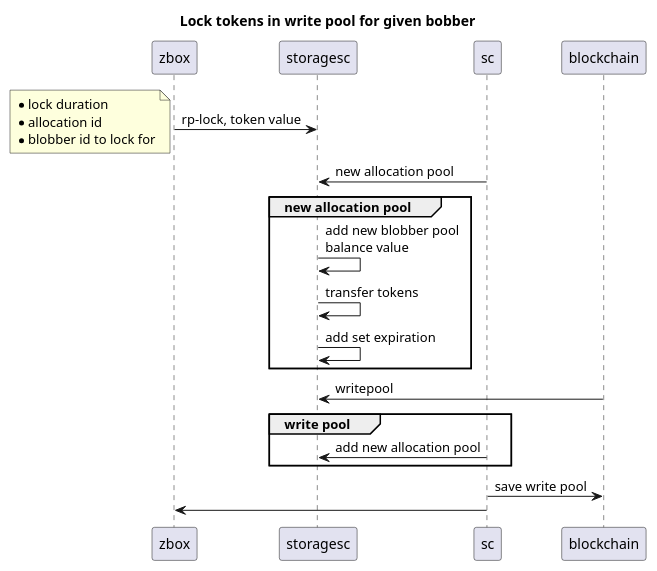
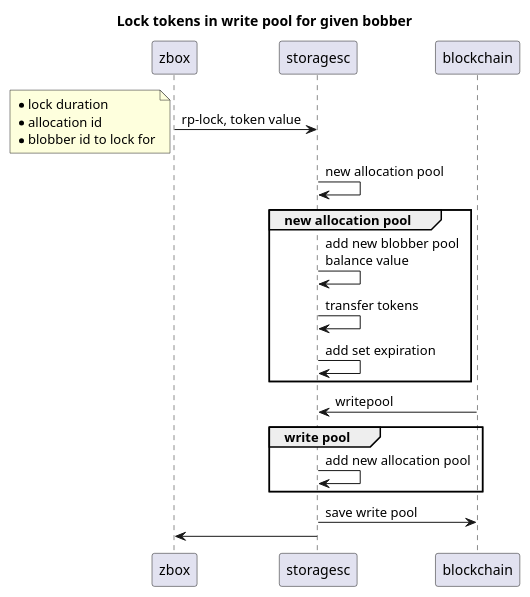
Diagram 30 of 32 in documents/uml.md (0chain/zboxcli), drawn with PlantUML before and after one commit. The commit also changed other lines of this file and 1 other file, not shown here.

````diff
--- a/documents/uml.md
+++ b/documents/uml.md
@@ -701,21 +709,21 @@
 ```puml
 title Lock tokens in write pool for given bobber
 zbox ->storagesc: rp-lock, token value
 note left
     * lock duration
     * allocation id
     * blobber id to lock for
 end note 
-sc ->storagesc: new allocation pool
+storagesc ->storagesc: new allocation pool
 group new allocation pool
    storagesc->storagesc: add new blobber pool\nbalance value
    storagesc->storagesc: transfer tokens
    storagesc->storagesc: add set expiration
 end
 blockchain ->storagesc: writepool
 group write pool
-sc ->storagesc: add new allocation pool
+storagesc ->storagesc: add new allocation pool
 end 
-sc -> blockchain : save write pool
-sc -> zbox
+storagesc -> blockchain : save write pool
+storagesc -> zbox
 ```
````
